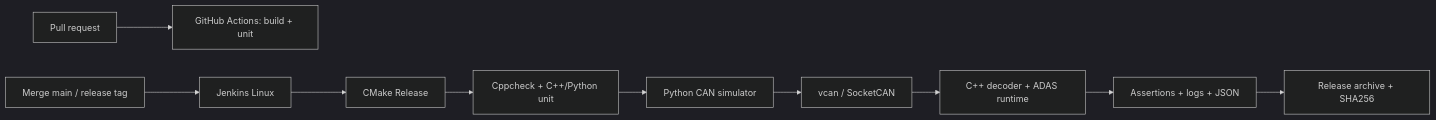
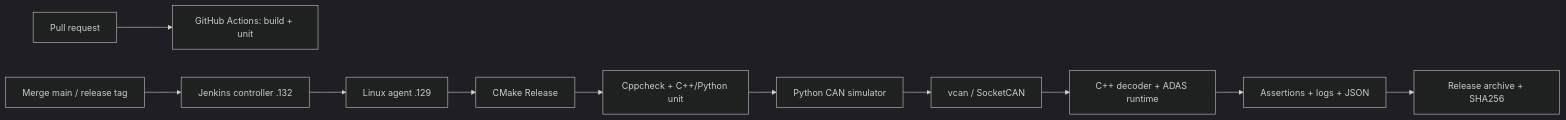
Before and after one commit to wukairo/adas-integration-lab: the diagram in README.md, drawn with Mermaid (dark theme). The commit also changed other lines of this file and 8 other files, not shown here.

Commit message:
feat(ci): separate Jenkins controller and SocketCAN build agent

````diff
--- a/README.md
+++ b/README.md
@@ -5,12 +5,13 @@
 ```mermaid
 flowchart LR
   PR[Pull request] --> GA[GitHub Actions: build + unit]
-  Merge[Merge main / release tag] --> J[Jenkins Linux]
-  J --> Build[CMake Release]
+  Merge[Merge main / release tag] --> J[Jenkins controller .132]
+  J --> Agent[Linux agent .129]
+  Agent --> Build[CMake Release]
   Build --> Gates[Cppcheck + C++/Python unit]
   Gates --> Sim[Python CAN simulator]
   Sim --> CAN[vcan / SocketCAN]
   CAN --> App[C++ decoder + ADAS runtime]
   App --> Reports[Assertions + logs + JSON]
   Reports --> Package[Release archive + SHA256]
 ```
````
